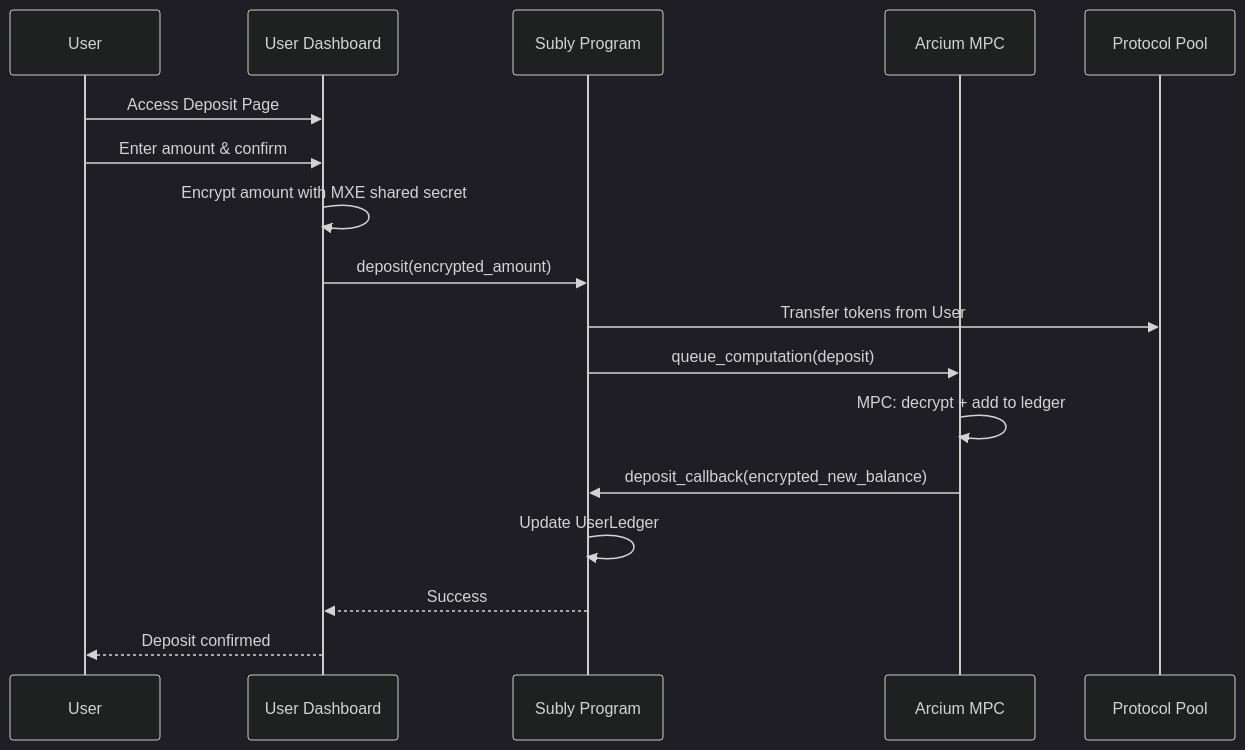
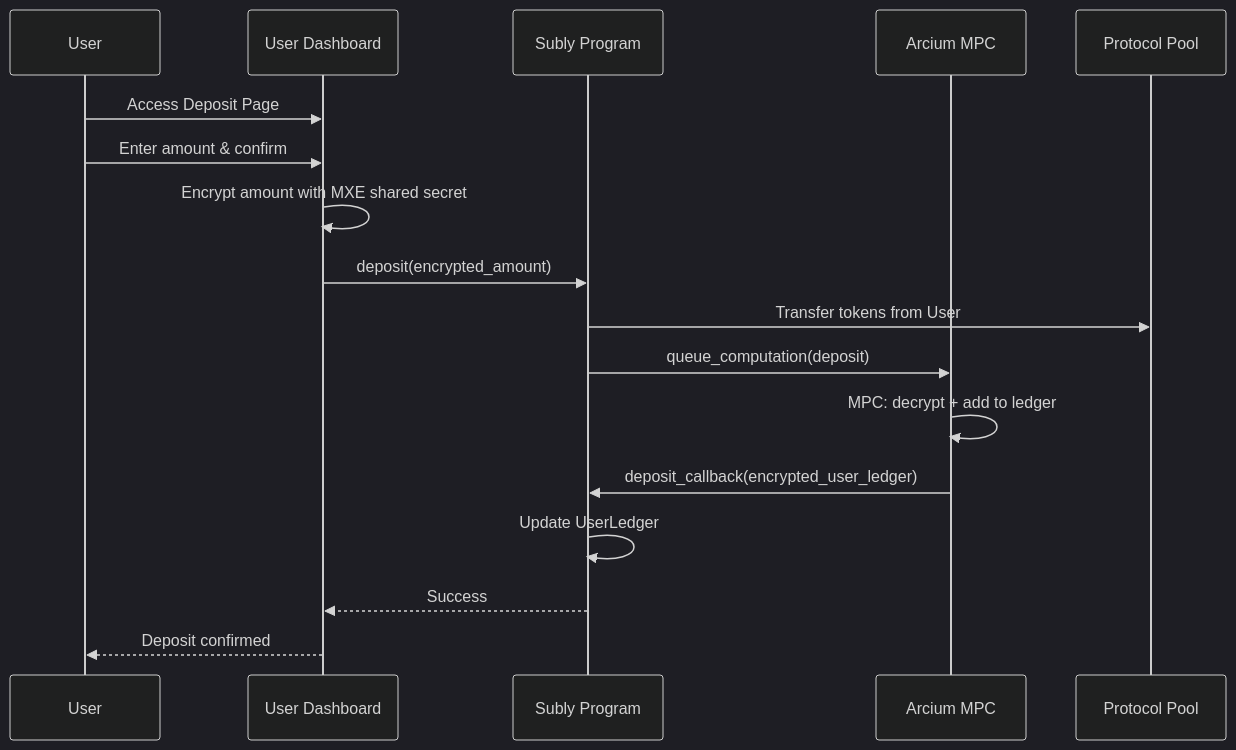
Before and after one commit to SublyFi/subly: the third of 7 diagrams in privacy_subscriptions/docs/functional-design.md, drawn with Mermaid (dark theme). The commit also changed other lines of this file and 80 other files, not shown here.

````diff
--- a/privacy_subscriptions/docs/functional-design.md
+++ b/privacy_subscriptions/docs/functional-design.md
@@ -440,20 +453,20 @@
 ```mermaid
 sequenceDiagram
     participant U as User
     participant UI as User Dashboard
     participant Program as Subly Program
     participant Arcium as Arcium MPC
     participant Pool as Protocol Pool
 
     U->>UI: Access Deposit Page
     U->>UI: Enter amount & confirm
     UI->>UI: Encrypt amount with MXE shared secret
     UI->>Program: deposit(encrypted_amount)
     Program->>Pool: Transfer tokens from User
     Program->>Arcium: queue_computation(deposit)
     Arcium->>Arcium: MPC: decrypt + add to ledger
-    Arcium->>Program: deposit_callback(encrypted_new_balance)
+    Arcium->>Program: deposit_callback(encrypted_user_ledger)
     Program->>Program: Update UserLedger
     Program-->>UI: Success
     UI-->>U: Deposit confirmed
 ```
````
